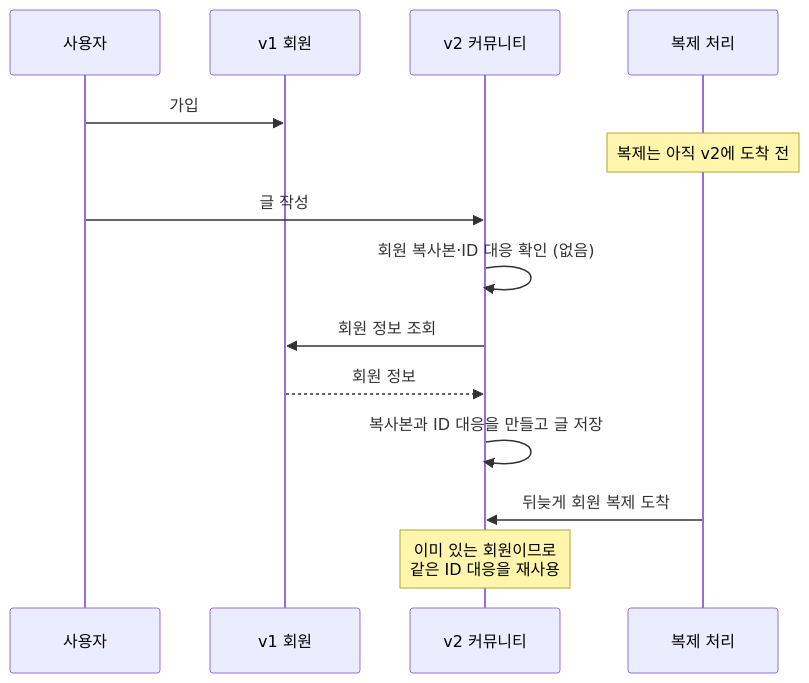
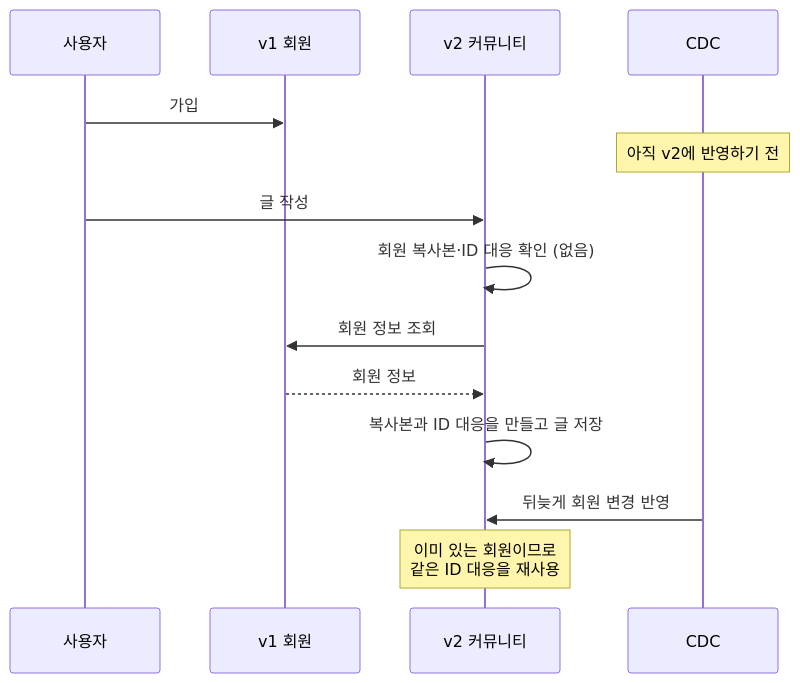
One commit to oownahcohc/oownahcohc.github.io changed the eighth of 16 diagrams in src/content/blog/strangler-fig-redesign.md. Above: the diagram before and after it, drawn with Mermaid. The commit also changed other lines of this file, not shown here.

First line of the commit message:
Strangler Fig 글에서 복제 지연이 생기는 원리를 CDC 흐름으로 풀어 쓴다

````diff
--- a/src/content/blog/strangler-fig-redesign.md
+++ b/src/content/blog/strangler-fig-redesign.md
@@ -255,17 +278,17 @@
 ```mermaid
 %%{init: {"sequence": {"diagramMarginX": 10}}}%%
 sequenceDiagram
     participant U as 사용자
     participant V1 as v1 회원
     participant V2 as v2 커뮤니티
-    participant R as 복제 처리
+    participant R as CDC
     U->>V1: 가입
-    Note over R: 복제는 아직 v2에 도착 전
+    Note over R: 아직 v2에 반영하기 전
     U->>V2: 글 작성
     V2->>V2: 회원 복사본·ID 대응 확인 (없음)
     V2->>V1: 회원 정보 조회
     V1-->>V2: 회원 정보
     V2->>V2: 복사본과 ID 대응을 만들고 글 저장
-    R->>V2: 뒤늦게 회원 복제 도착
+    R->>V2: 뒤늦게 회원 변경 반영
     Note over V2: 이미 있는 회원이므로<br/>같은 ID 대응을 재사용
 ```
````
